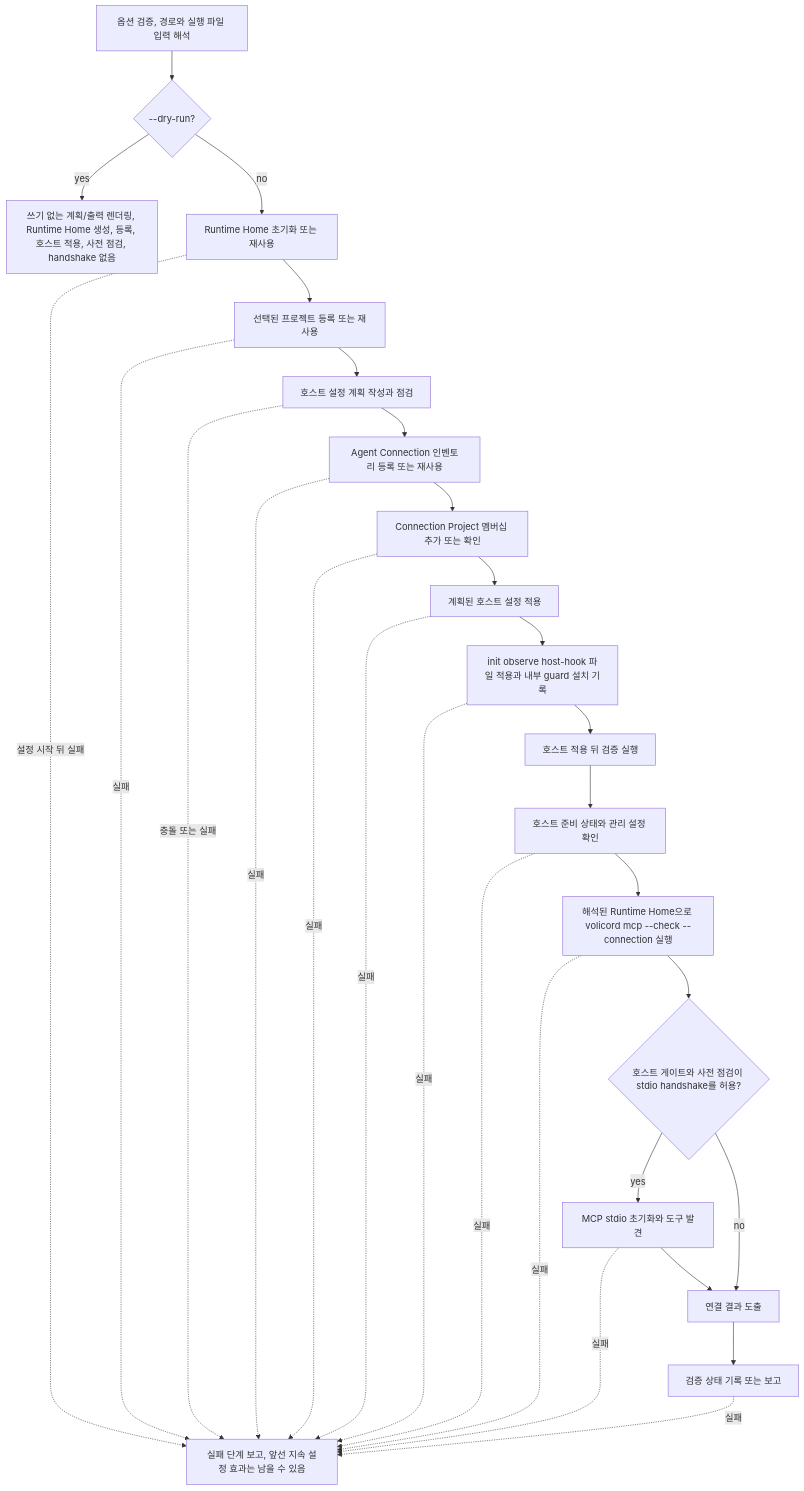
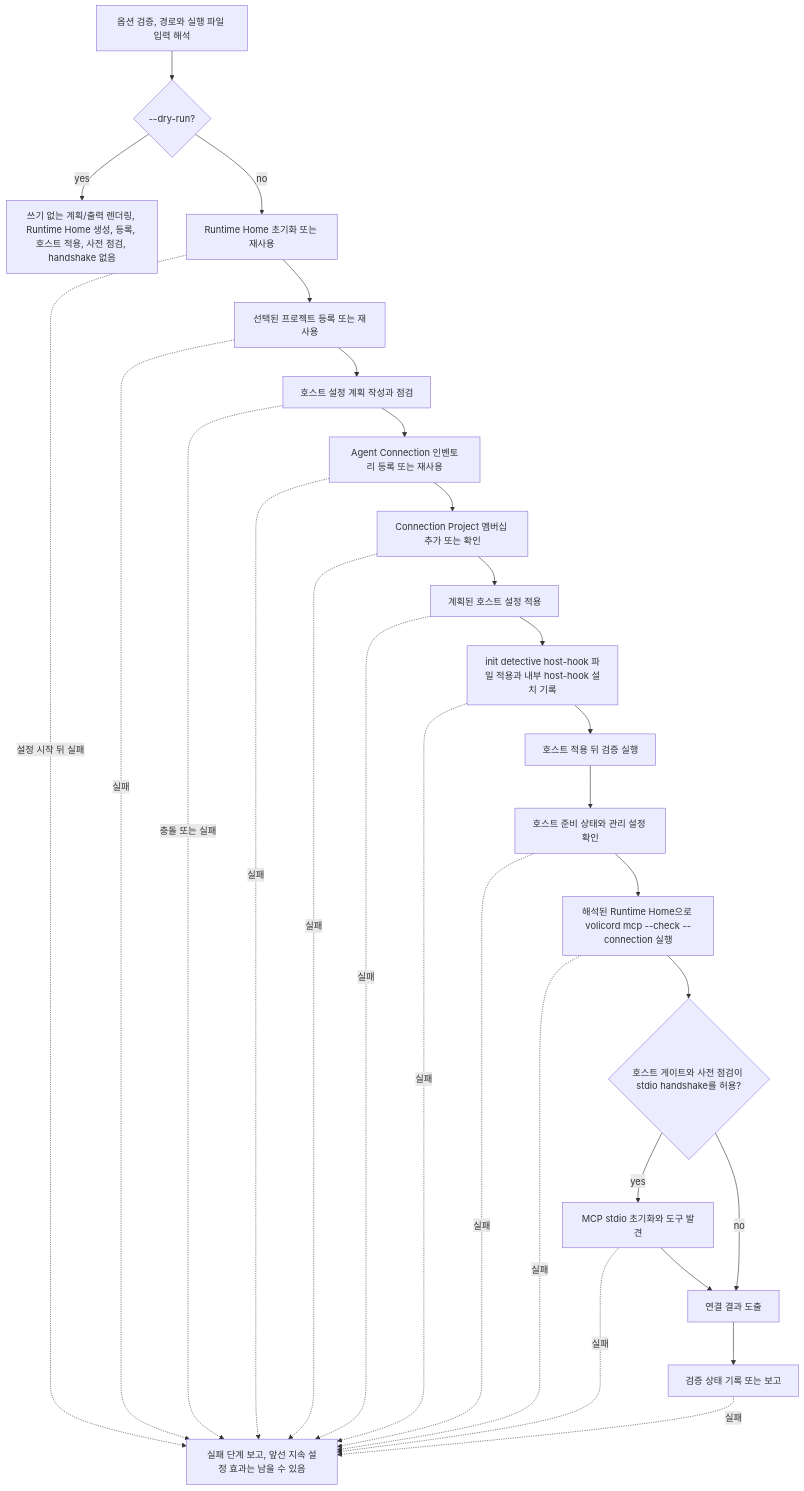
One commit to minjungw00/Volicord changed the fourth of 4 diagrams in docs/ko/development/architecture.md. Above: the diagram before and after it, drawn with Mermaid. The commit also changed other lines of this file and 75 other files, not shown here.

Commit message:
refactor: rename observe profile to detective

````diff
--- a/docs/ko/development/architecture.md
+++ b/docs/ko/development/architecture.md
@@ -295,39 +295,39 @@
 ```mermaid
 flowchart TD
   parse["옵션 검증, 경로와 실행 파일 입력 해석"]
   dry{"--dry-run?"}
   dryout["쓰기 없는 계획/출력 렌더링, Runtime Home 생성, 등록, 호스트 적용, 사전 점검, handshake 없음"]
   runtime["Runtime Home 초기화 또는 재사용"]
   project["선택된 프로젝트 등록 또는 재사용"]
   plan["호스트 설정 계획 작성과 점검"]
   connection["Agent Connection 인벤토리 등록 또는 재사용"]
   membership["Connection Project 멤버십 추가 또는 확인"]
   host["계획된 호스트 설정 적용"]
-  integration["init observe host-hook 파일 적용과 내부 guard 설치 기록"]
+  integration["init detective host-hook 파일 적용과 내부 host-hook 설치 기록"]
   verify["호스트 적용 뒤 검증 실행"]
   readiness["호스트 준비 상태와 관리 설정 확인"]
   preflight["해석된 Runtime Home으로 volicord mcp --check --connection 실행"]
   gate{"호스트 게이트와 사전 점검이 stdio handshake를 허용?"}
   handshake["MCP stdio 초기화와 도구 발견"]
   aggregate["연결 결과 도출"]
   final["검증 상태 기록 또는 보고"]
   fail["실패 단계 보고, 앞선 지속 설정 효과는 남을 수 있음"]
 
   parse --> dry
   dry -- yes --> dryout
   dry -- no --> runtime --> project --> plan --> connection --> membership --> host --> integration --> verify
   verify --> readiness --> preflight --> gate
   gate -- yes --> handshake --> aggregate --> final
   gate -- no --> aggregate
   runtime -. 설정 시작 뒤 실패 .-> fail
   project -. 실패 .-> fail
   plan -. 충돌 또는 실패 .-> fail
   connection -. 실패 .-> fail
   membership -. 실패 .-> fail
   host -. 실패 .-> fail
   integration -. 실패 .-> fail
   readiness -. 실패 .-> fail
   preflight -. 실패 .-> fail
   handshake -. 실패 .-> fail
   final -. 실패 .-> fail
 ```
````
